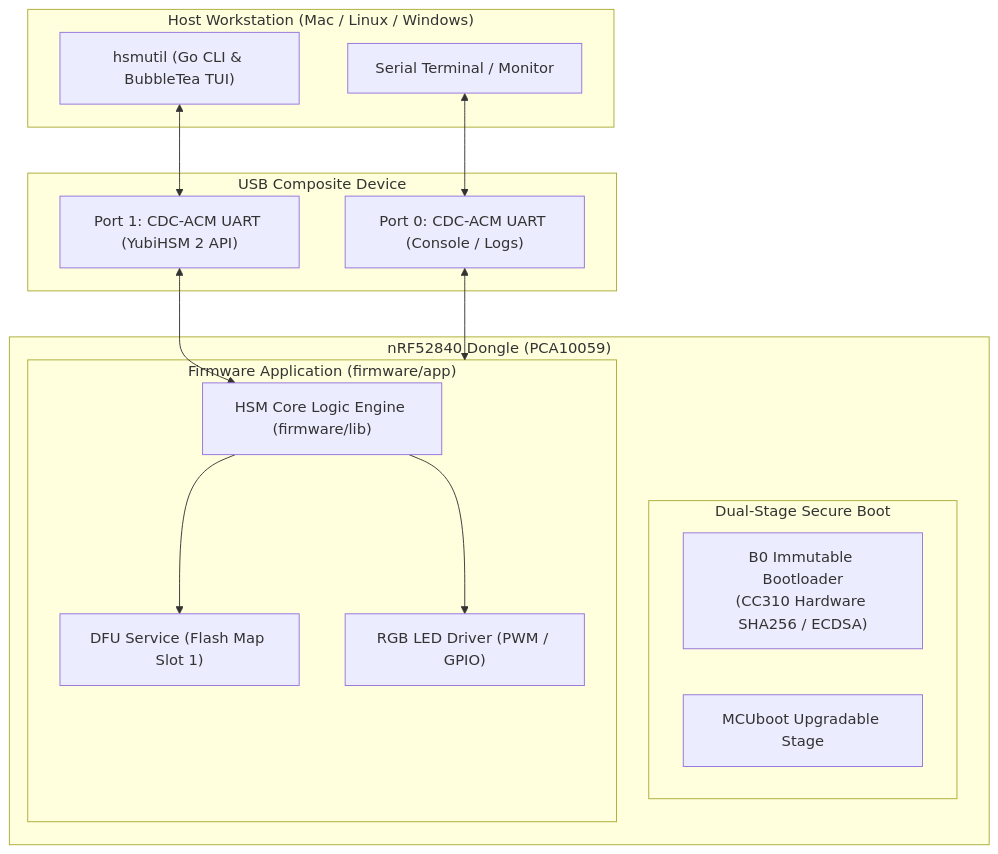
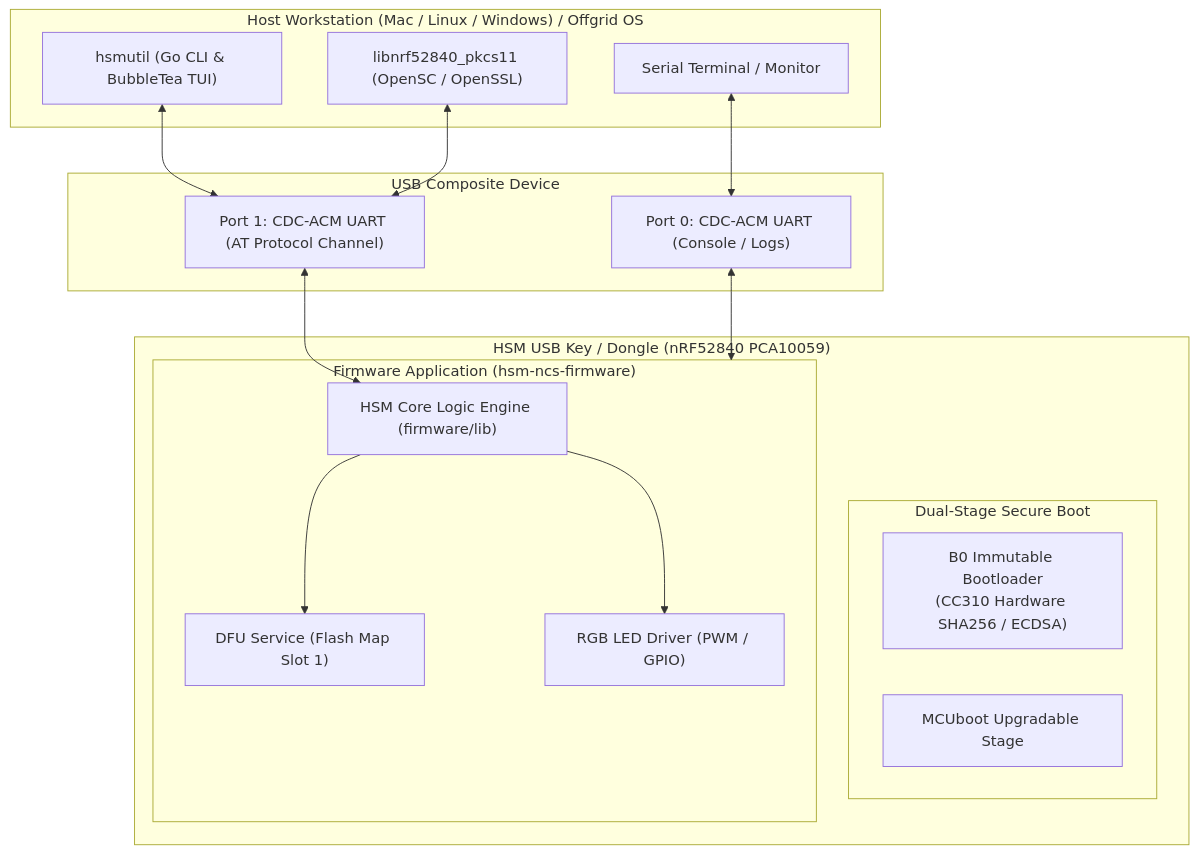
The diagram in Architecture/System Architecture.md (gpfister/hsm-obsidian), drawn with Mermaid before and after one commit. The commit also changed other lines of this file and 4 other files, not shown here.

````diff
--- a/Architecture/System Architecture.md
+++ b/Architecture/System Architecture.md
@@ -14,32 +14,34 @@
 ```mermaid
 graph TD
-    subgraph Host ["Host Workstation (Mac / Linux / Windows)"]
+    subgraph Host ["Host Workstation (Mac / Linux / Windows) / Offgrid OS"]
         CLI["hsmutil (Go CLI & BubbleTea TUI)"]
+        PKCS11["libnrf52840_pkcs11 (OpenSC / OpenSSL)"]
         CONSOLE["Serial Terminal / Monitor"]
     end
 
     subgraph USB ["USB Composite Device"]
         CDC0["Port 0: CDC-ACM UART (Console / Logs)"]
-        CDC1["Port 1: CDC-ACM UART (YubiHSM 2 API)"]
+        CDC1["Port 1: CDC-ACM UART (AT Protocol Channel)"]
     end
 
-    subgraph Dongle ["nRF52840 Dongle (PCA10059)"]
+    subgraph Dongle ["HSM USB Key / Dongle (nRF52840 PCA10059)"]
         subgraph Boot ["Dual-Stage Secure Boot"]
             B0["B0 Immutable Bootloader\n(CC310 Hardware SHA256 / ECDSA)"]
             MCUBOOT["MCUboot Upgradable Stage"]
         end
 
-        subgraph Firmware ["Firmware Application (firmware/app)"]
+        subgraph Firmware ["Firmware Application (hsm-ncs-firmware)"]
             CORE["HSM Core Logic Engine (firmware/lib)"]
             DFU["DFU Service (Flash Map Slot 1)"]
             LED["RGB LED Driver (PWM / GPIO)"]
         end
     end
 
     CONSOLE <--> CDC0
     CLI <--> CDC1
+    PKCS11 <--> CDC1
     CDC0 <--> Firmware
     CDC1 <--> CORE
     CORE --> LED
     CORE --> DFU
 ```
````
